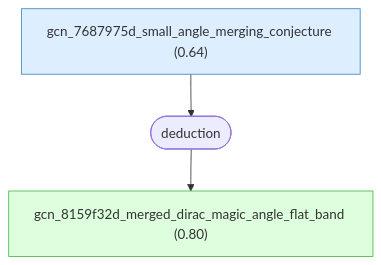
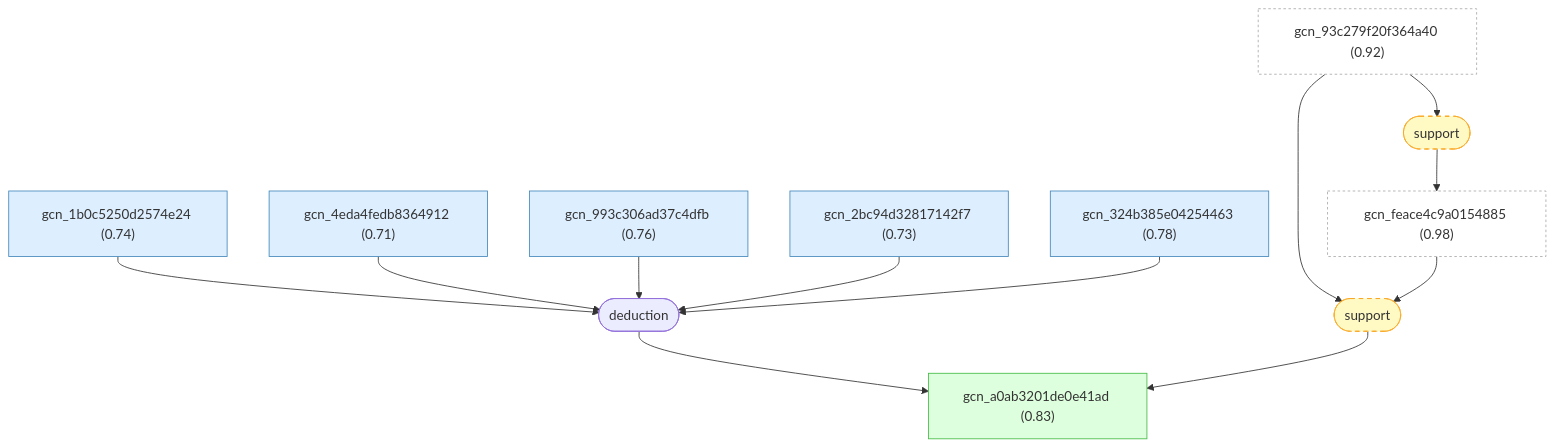
One commit to Callo42/tbg-magic-angle-gaia changed the fourth of 10 diagrams in docs/detailed-reasoning.md. Above: the diagram before and after it, drawn with Mermaid. The commit also changed other lines of this file and 50 other files, not shown here.

First line of the commit message:
Regenerate TBG graph from connected root

````diff
--- a/docs/detailed-reasoning.md
+++ b/docs/detailed-reasoning.md
@@ -690,18 +381,35 @@
 ```mermaid
 graph TD
-    gcn_7687975d_small_angle_merging_conjecture["gcn_7687975d_small_angle_merging_conjecture (0.64)"]:::premise
-    gcn_8159f32d_merged_dirac_magic_angle_flat_band["gcn_8159f32d_merged_dirac_magic_angle_flat_band (0.80)"]:::derived
-    strat_7(["deduction"])
-    gcn_7687975d_small_angle_merging_conjecture --> strat_7
-    strat_7 --> gcn_8159f32d_merged_dirac_magic_angle_flat_band
+    gcn_93c279f20f364a40["gcn_93c279f20f364a40 (0.92)"]:::external
+    gcn_feace4c9a0154885["gcn_feace4c9a0154885 (0.98)"]:::external
+    gcn_1b0c5250d2574e24["gcn_1b0c5250d2574e24 (0.74)"]:::premise
+    gcn_4eda4fedb8364912["gcn_4eda4fedb8364912 (0.71)"]:::premise
+    gcn_993c306ad37c4dfb["gcn_993c306ad37c4dfb (0.76)"]:::premise
+    gcn_2bc94d32817142f7["gcn_2bc94d32817142f7 (0.73)"]:::premise
+    gcn_324b385e04254463["gcn_324b385e04254463 (0.78)"]:::premise
+    gcn_a0ab3201de0e41ad["gcn_a0ab3201de0e41ad (0.83)"]:::derived
+    strat_3(["deduction"])
+    gcn_1b0c5250d2574e24 --> strat_3
+    gcn_4eda4fedb8364912 --> strat_3
+    gcn_993c306ad37c4dfb --> strat_3
+    gcn_2bc94d32817142f7 --> strat_3
+    gcn_324b385e04254463 --> strat_3
+    strat_3 --> gcn_a0ab3201de0e41ad
+    strat_11(["support"]):::weak
+    gcn_93c279f20f364a40 --> strat_11
+    strat_11 --> gcn_feace4c9a0154885
+    strat_12(["support"]):::weak
+    gcn_93c279f20f364a40 --> strat_12
+    gcn_feace4c9a0154885 --> strat_12
+    strat_12 --> gcn_a0ab3201de0e41ad
 
     classDef setting fill:#f0f0f0,stroke:#999,color:#333
     classDef premise fill:#ddeeff,stroke:#4488bb,color:#333
     classDef derived fill:#ddffdd,stroke:#44bb44,color:#333
     classDef question fill:#fff3dd,stroke:#cc9944,color:#333
     classDef background fill:#f5f5f5,stroke:#bbb,stroke-dasharray: 5 5,color:#333
     classDef orphan fill:#fff,stroke:#ccc,stroke-dasharray: 5 5,color:#333
     classDef external fill:#fff,stroke:#aaa,stroke-dasharray: 3 3,color:#333
     classDef weak fill:#fff9c4,stroke:#f9a825,stroke-dasharray: 5 5,color:#333
     classDef contra fill:#ffebee,stroke:#c62828,color:#333
 ```
````
